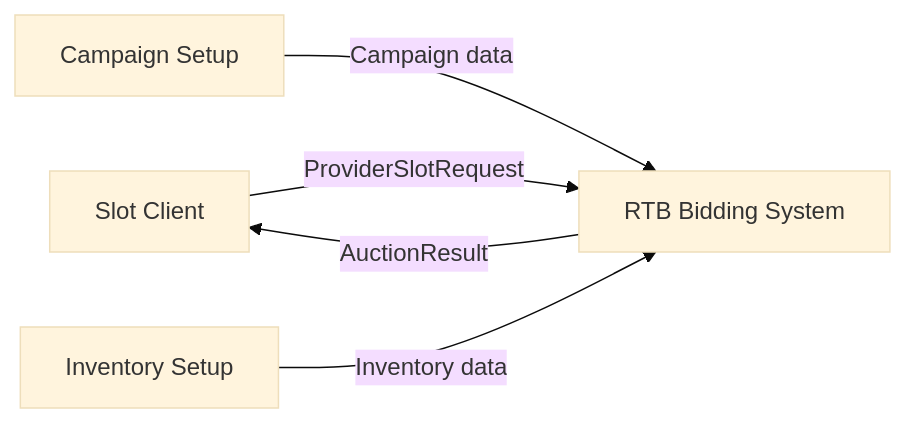
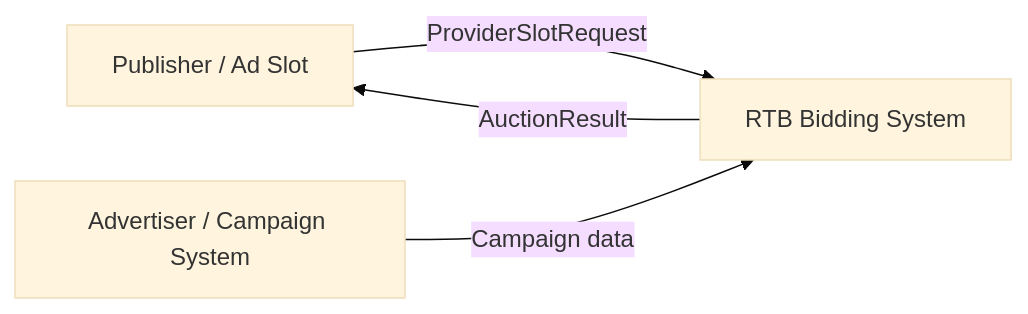
The first of 2 diagrams in docs/ARCHITECTURE.md (bbororo5/low-latency-openrtb-auction), drawn with Mermaid (base theme) before and after one commit. The commit also changed other lines of this file and 7 other files, not shown here.

Commit message:
Remove setup actors from architecture diagrams

````diff
--- a/docs/ARCHITECTURE.md
+++ b/docs/ARCHITECTURE.md
@@ -135,13 +135,11 @@
 ```mermaid
 flowchart LR
-    publisher["Slot Client"]
-    advertiser["Campaign Setup"]
-    inventoryOwner["Inventory Setup"]
+    publisher["Publisher / Ad Slot"]
+    advertiser["Advertiser / Campaign System"]
     system["RTB Bidding System"]
 
     publisher -->|"ProviderSlotRequest"| system
     system -->|"AuctionResult"| publisher
 
     advertiser -->|"Campaign data"| system
-    inventoryOwner -->|"Inventory data"| system
 ```
````
